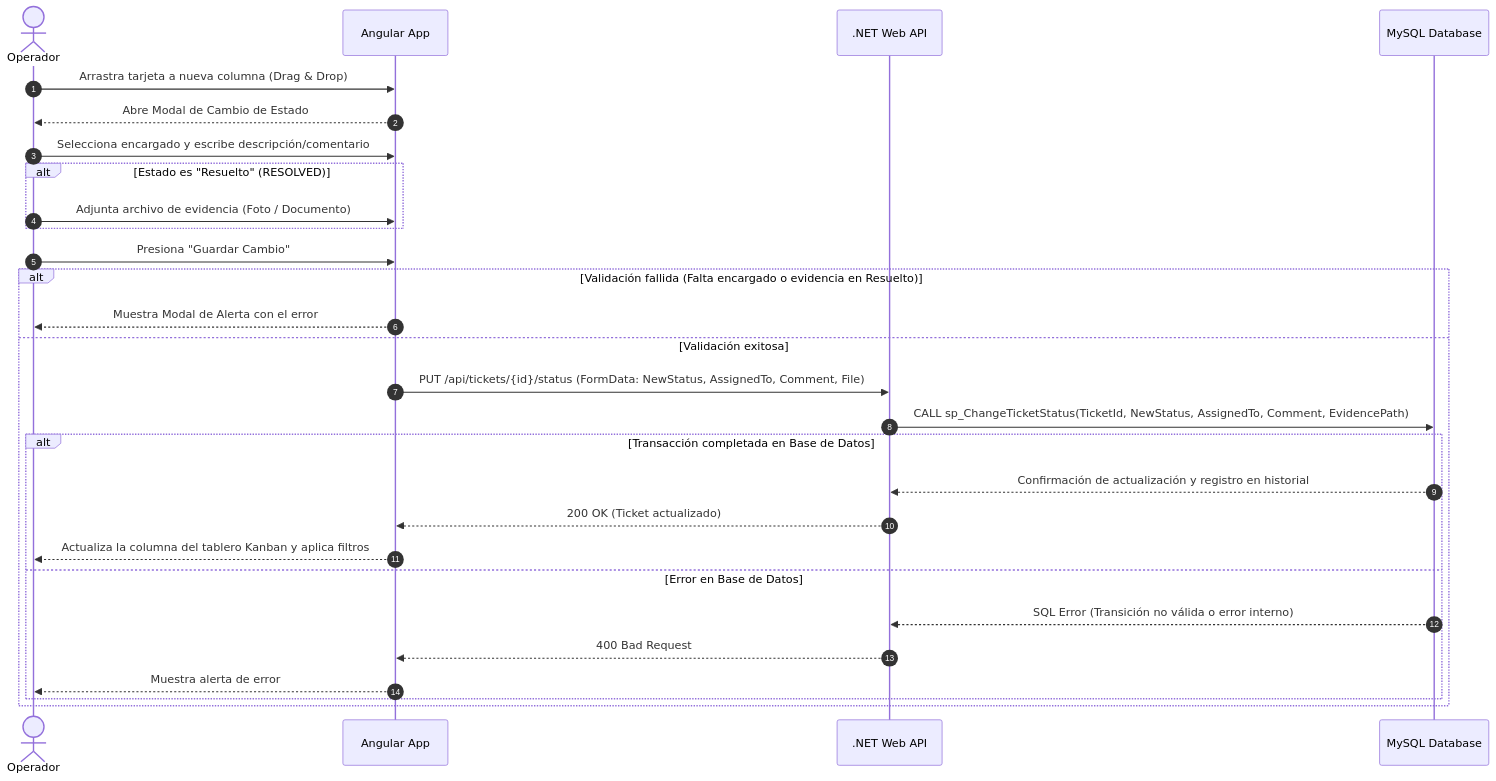
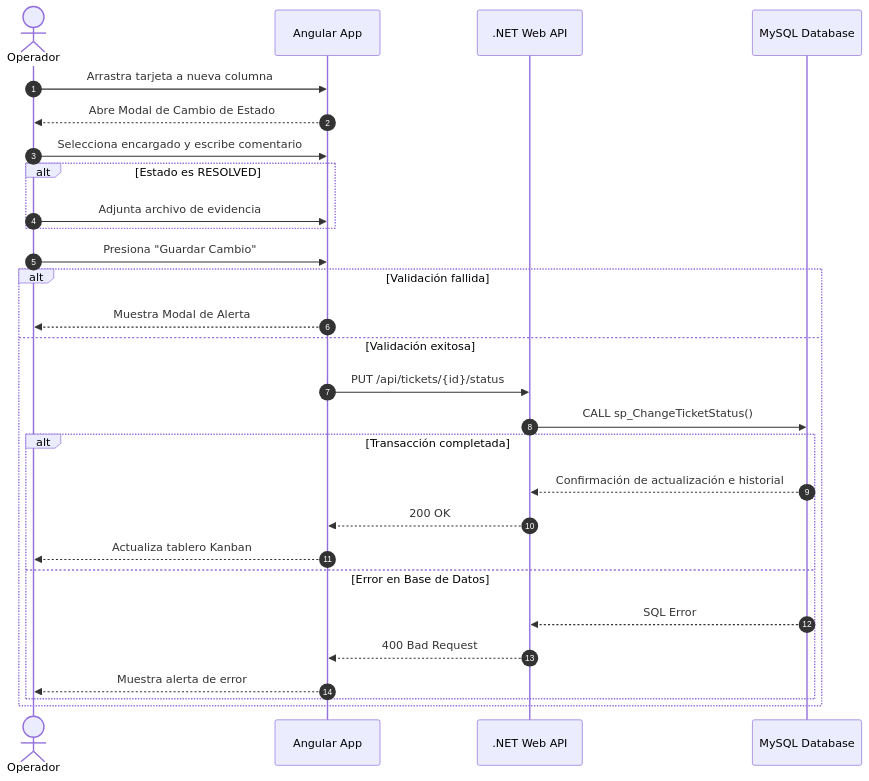
The third of 4 diagrams in README.md (Pablopiblo13/Fractal-Ticket-Control), drawn with Mermaid before and after one commit. The commit also changed other lines of this file, not shown here.

Commit message:
Actualizar README.md con la arquitectura y URLs de despliegue en Railway

````diff
--- a/README.md
+++ b/README.md
@@ -120,36 +161,40 @@
 ```mermaid
 sequenceDiagram
+
     autonumber
 
     actor Operador
     participant Frontend as Angular App
     participant API as .NET Web API
     participant DB as MySQL Database
 
-    Operador->>Frontend: Arrastra tarjeta a nueva columna (Drag & Drop)
+    Operador->>Frontend: Arrastra tarjeta a nueva columna
     Frontend-->>Operador: Abre Modal de Cambio de Estado
-    Operador->>Frontend: Selecciona encargado y escribe descripción/comentario
 
-    alt Estado es "Resuelto" (RESOLVED)
-        Operador->>Frontend: Adjunta archivo de evidencia (Foto / Documento)
+    Operador->>Frontend: Selecciona encargado y escribe comentario
+
+    alt Estado es RESOLVED
+        Operador->>Frontend: Adjunta archivo de evidencia
     end
 
     Operador->>Frontend: Presiona "Guardar Cambio"
 
-    alt Validación fallida (Falta encargado o evidencia en Resuelto)
-        Frontend-->>Operador: Muestra Modal de Alerta con el error
+    alt Validación fallida
+        Frontend-->>Operador: Muestra Modal de Alerta
     else Validación exitosa
-        Frontend->>API: PUT /api/tickets/{id}/status (FormData: NewStatus, AssignedTo, Comment, File)
-        API->>DB: CALL sp_ChangeTicketStatus(TicketId, NewStatus, AssignedTo, Comment, EvidencePath)
 
-        alt Transacción completada en Base de Datos
-            DB-->>API: Confirmación de actualización y registro en historial
-            API-->>Frontend: 200 OK (Ticket actualizado)
-            Frontend-->>Operador: Actualiza la columna del tablero Kanban y aplica filtros
+        Frontend->>API: PUT /api/tickets/{id}/status
+        API->>DB: CALL sp_ChangeTicketStatus()
+
+        alt Transacción completada
+            DB-->>API: Confirmación de actualización e historial
+            API-->>Frontend: 200 OK
+            Frontend-->>Operador: Actualiza tablero Kanban
         else Error en Base de Datos
-            DB-->>API: SQL Error (Transición no válida o error interno)
+            DB-->>API: SQL Error
             API-->>Frontend: 400 Bad Request
             Frontend-->>Operador: Muestra alerta de error
         end
+
     end
 ```
````
